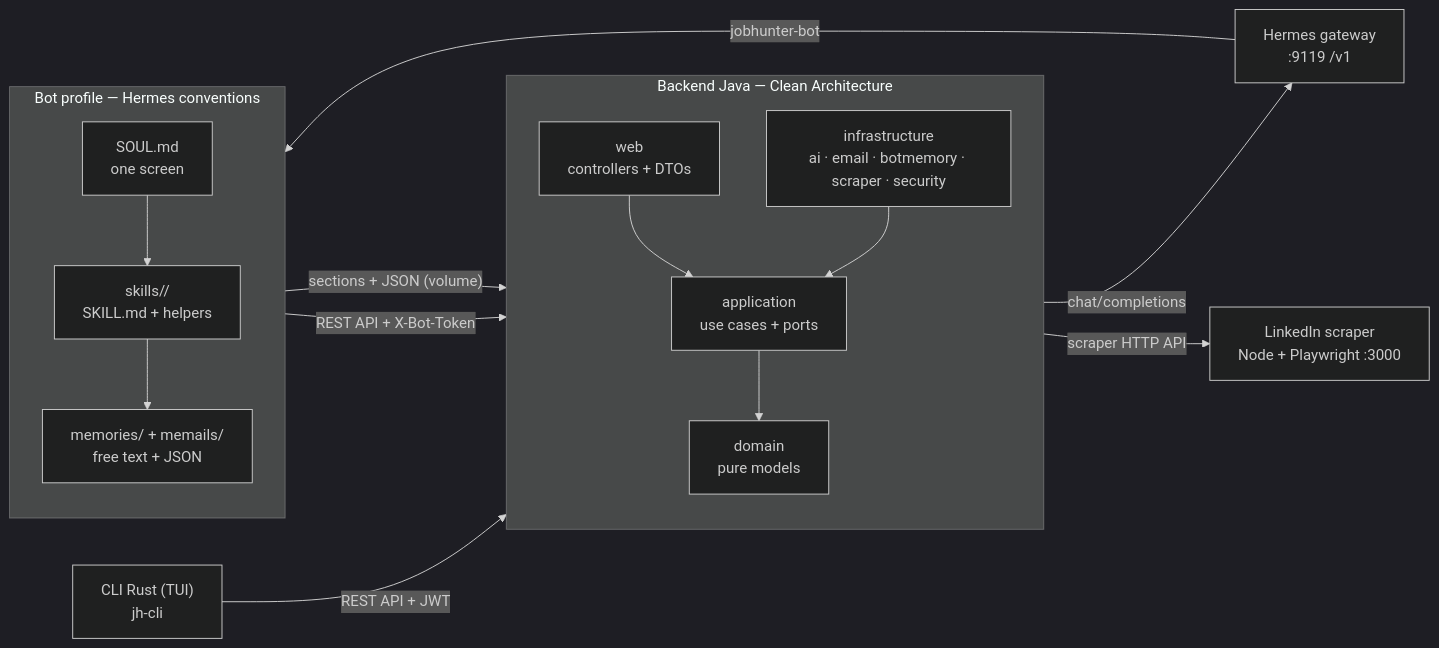
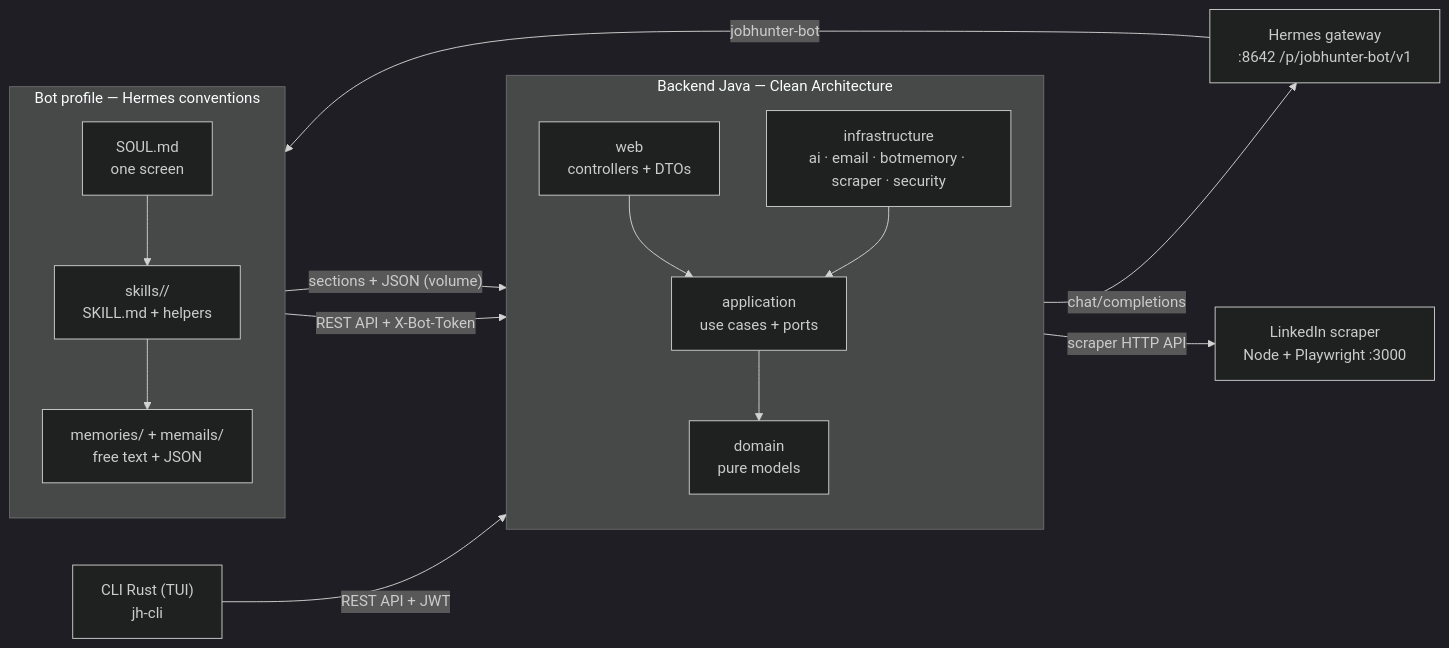
The diagram in docs/specs/architecture.md (Uzzoper/job-hunter), drawn with Mermaid (dark theme) before and after one commit. The commit also changed 4 other files, not shown here.

````diff
--- a/docs/specs/architecture.md
+++ b/docs/specs/architecture.md
@@ -335,28 +335,28 @@
 ```mermaid
 flowchart LR
     subgraph Backend["Backend Java — Clean Architecture"]
         direction TB
         W["web<br/>controllers + DTOs"]
         A["application<br/>use cases + ports"]
         D["domain<br/>pure models"]
         I["infrastructure<br/>ai · email · botmemory · scraper · security"]
         W --> A --> D
         I --> A
     end
     subgraph BotProfile["Bot profile — Hermes conventions"]
         direction TB
         S["SOUL.md<br/>one screen"]
         K["skills/<name>/<br/>SKILL.md + helpers"]
         M["memories/ + memails/<br/>free text + JSON"]
         S --> K --> M
     end
-    G["Hermes gateway<br/>:9119 /v1"]
+    G["Hermes gateway<br/>:8642 /p/jobhunter-bot/v1"]
     C["CLI Rust (TUI)<br/>jh-cli"]
     N["LinkedIn scraper<br/>Node + Playwright :3000"]
     K -- "REST API + X-Bot-Token" --> W
     M -- "sections + JSON (volume)" --> I
     I -- "chat/completions" --> G
     G -- "jobhunter-bot" --> K
     C -- "REST API + JWT" --> W
     I -- "scraper HTTP API" --> N
 ```
````
